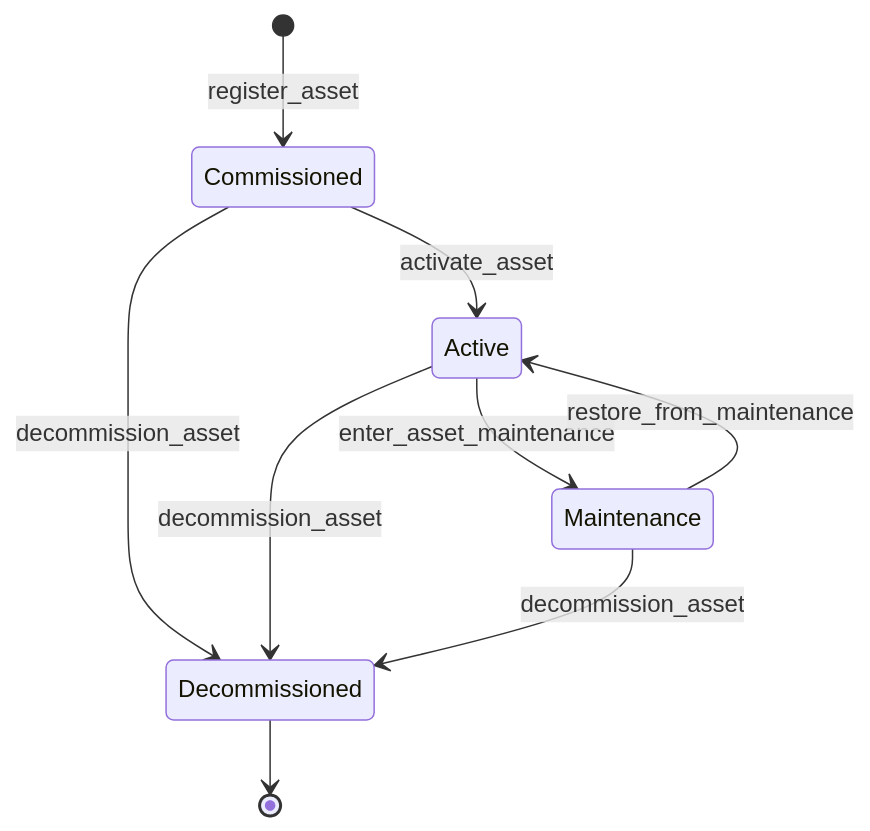
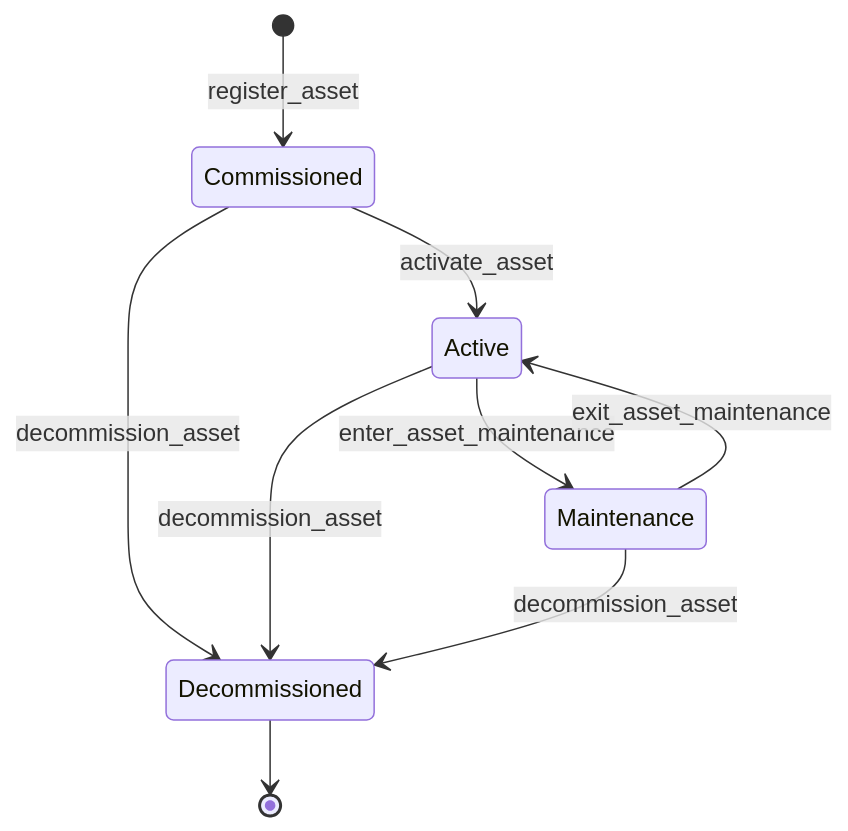
Before and after one commit to mittoalb/cora: the fourth of 5 diagrams in docs/architecture/modules/equipment/index.md, drawn with Mermaid. The commit also changed other lines of this file, not shown here.

````diff
--- a/docs/architecture/modules/equipment/index.md
+++ b/docs/architecture/modules/equipment/index.md
@@ -82,11 +154,11 @@
 ```mermaid
 stateDiagram-v2
     [*] --> Commissioned: register_asset
     Commissioned --> Active: activate_asset
     Active --> Maintenance: enter_asset_maintenance
-    Maintenance --> Active: restore_from_maintenance
+    Maintenance --> Active: exit_asset_maintenance
     Commissioned --> Decommissioned: decommission_asset
     Active --> Decommissioned: decommission_asset
     Maintenance --> Decommissioned: decommission_asset
     Decommissioned --> [*]
 ```
````
